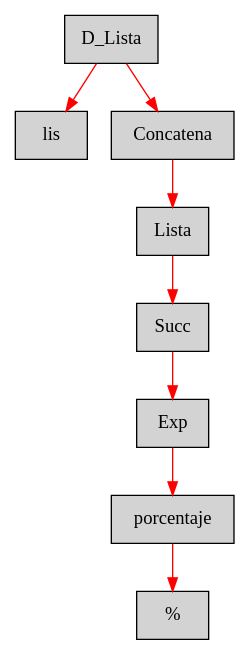
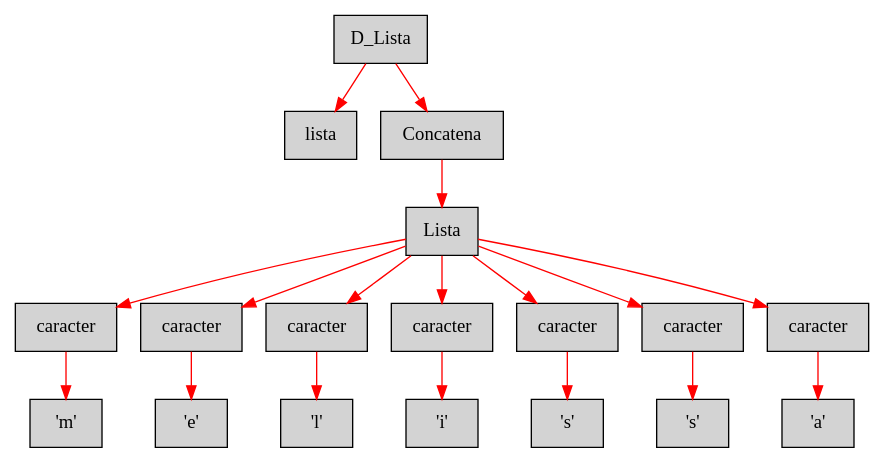
Before and after one commit to k12melissalima09sandoval/Proyecto: the diagram in AstConsola.dot, drawn with Graphviz. The commit also changed 7 other files, not shown here.

```diff
--- a/AstConsola.dot
+++ b/AstConsola.dot
@@ -1,11 +1,21 @@
 digraph G {node[shape=box, style=filled]; edge[color=red]
-node111715498[label="D_Lista"];
- node111715498->node1514586625;node1514586625[label="lis"];
- node111715498->node80074393;node80074393[label="Concatena"];
- node80074393->node547581205;node547581205[label="Lista"];
- node547581205->node1676476511;node1676476511[label="Succ"];
- node1676476511->node257396969;node257396969[label="Exp"];
- node257396969->node629993092;node629993092[label="porcentaje"];
- node629993092->node519890149;node519890149[label="%"];
+node1754306842[label="D_Lista"];
+ node1754306842->node450556035;node450556035[label="lista"];
+ node1754306842->node1673737516;node1673737516[label="Concatena"];
+ node1673737516->node1509188528;node1509188528[label="Lista"];
+ node1509188528->node901802461;node901802461[label="caracter"];
+ node901802461->node2027145486;node2027145486[label="'m'"];
+ node1509188528->node38005101;node38005101[label="caracter"];
+ node38005101->node2026955638;node2026955638[label="'e'"];
+ node1509188528->node1323885360;node1323885360[label="caracter"];
+ node1323885360->node672520282;node672520282[label="'l'"];
+ node1509188528->node889210036;node889210036[label="caracter"];
+ node889210036->node1244973617;node1244973617[label="'i'"];
+ node1509188528->node1129074980;node1129074980[label="caracter"];
+ node1129074980->node1167955487;node1167955487[label="'s'"];
+ node1509188528->node1913606140;node1913606140[label="caracter"];
+ node1913606140->node512124622;node512124622[label="'s'"];
+ node1509188528->node1071825227;node1071825227[label="caracter"];
+ node1071825227->node384206278;node384206278[label="'a'"];
 
 }
```
